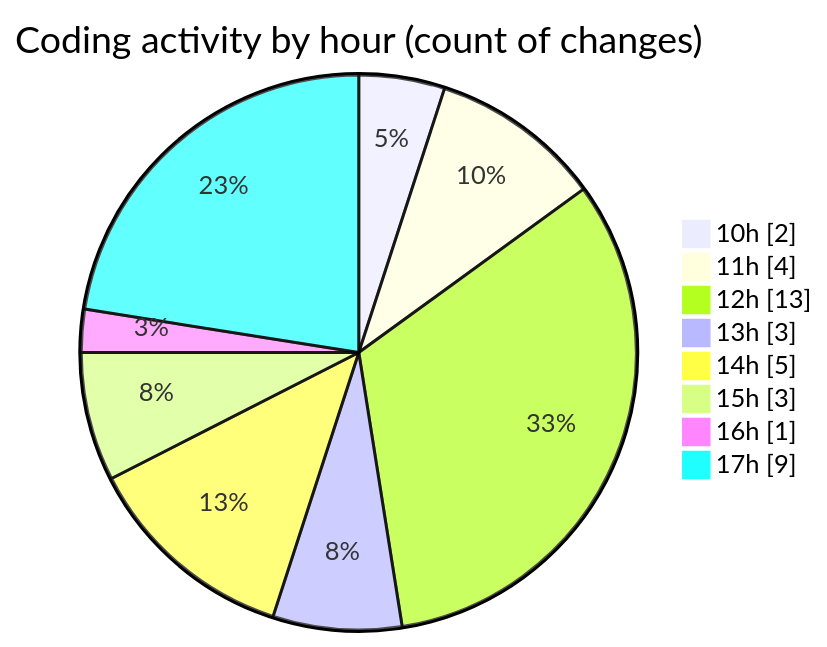
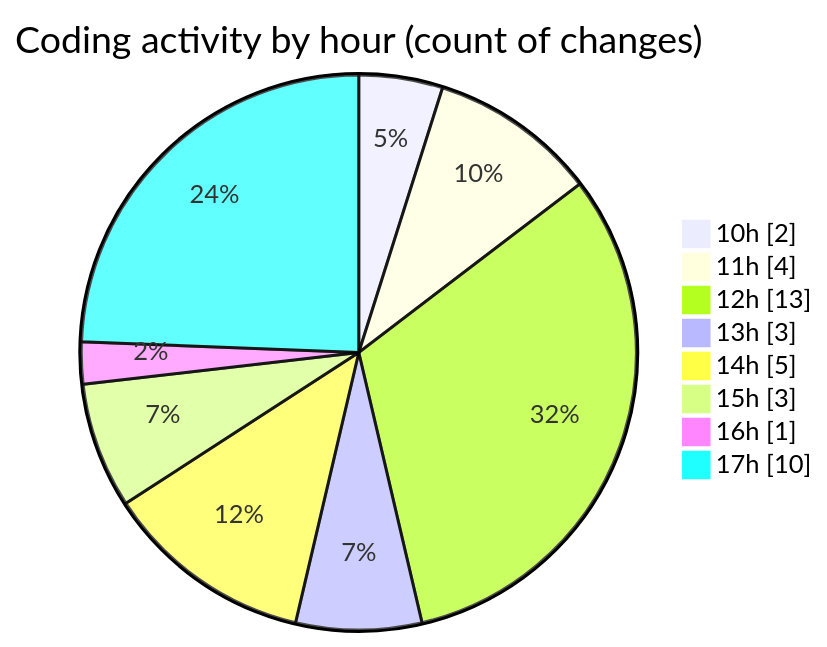
The second of 2 diagrams in 2025-11-06/nxtqube_webapp/README.md (nxtqubesakshisongat/code-tracking), drawn with Mermaid before and after one commit. The commit also changed other lines of this file and 1 other file, not shown here.

````diff
--- a/2025-11-06/nxtqube_webapp/README.md
+++ b/2025-11-06/nxtqube_webapp/README.md
@@ -37,12 +38,12 @@
 ```mermaid
 pie showData
 title Coding activity by hour (count of changes)
 "10h" : 2
 "11h" : 4
 "12h" : 13
 "13h" : 3
 "14h" : 5
 "15h" : 3
 "16h" : 1
-"17h" : 9
+"17h" : 10
 ```
````
